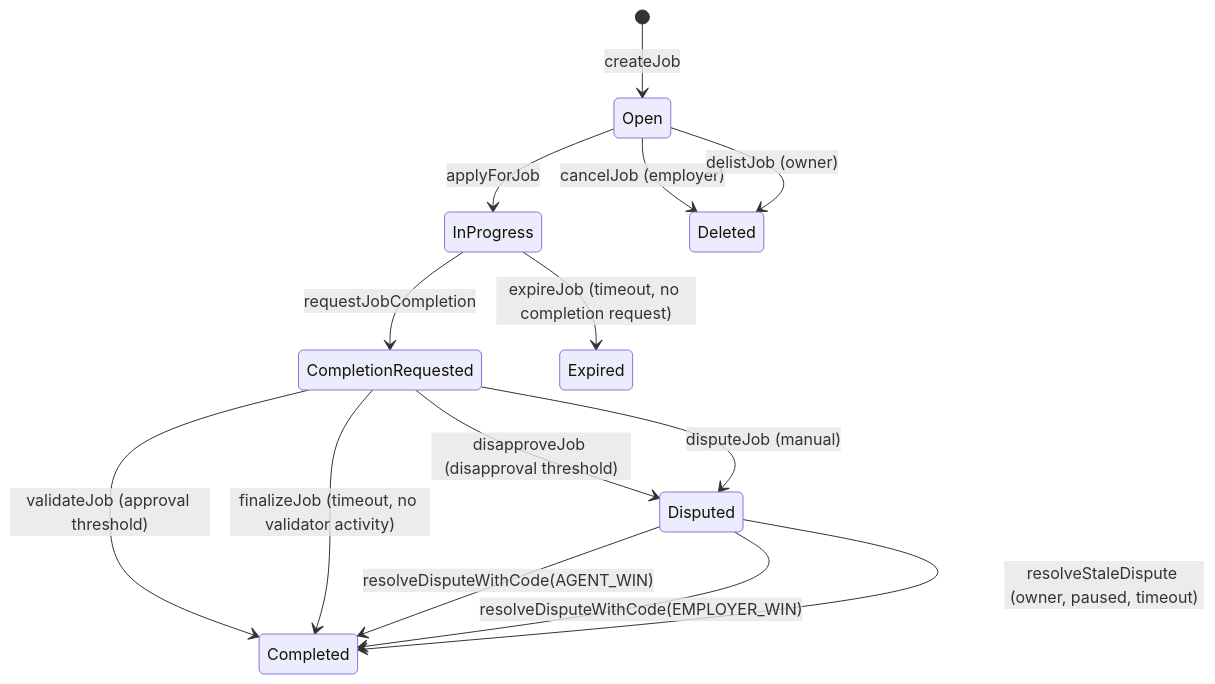
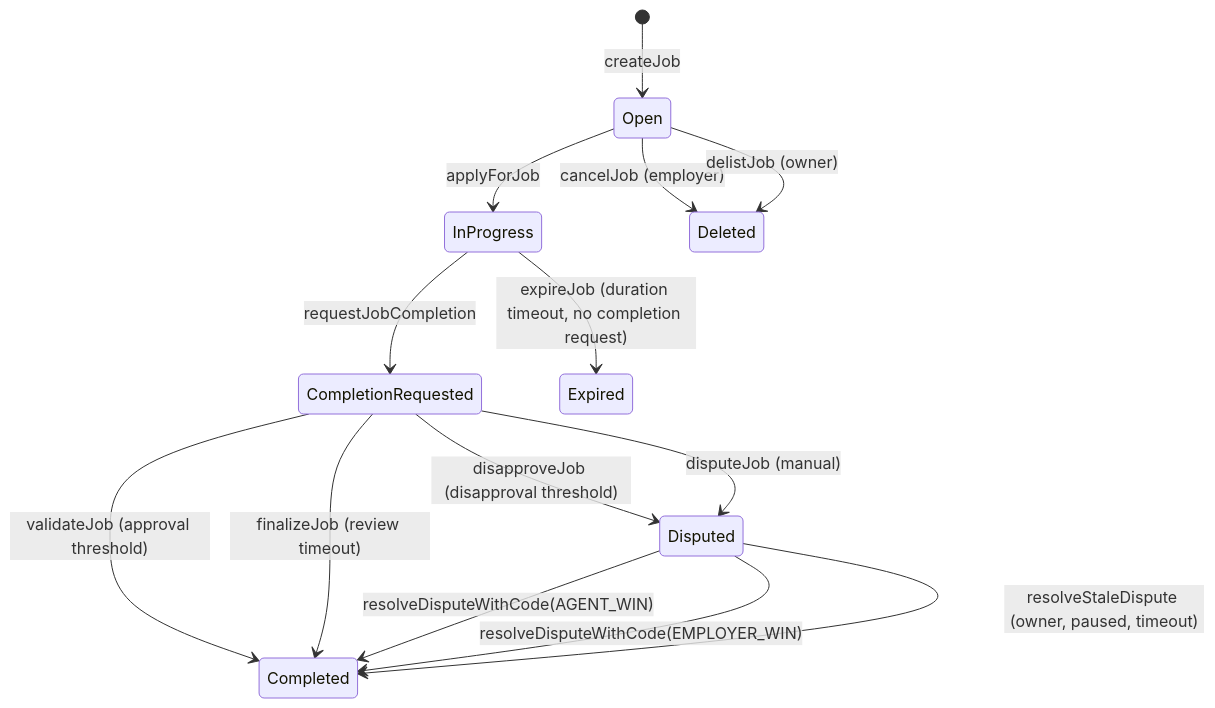
One commit to MontrealAI/AGIJobManager changed the first of 2 diagrams in README.md. Above: the diagram before and after it, drawn with Mermaid. The commit also changed other lines of this file and 5 other files, not shown here.

````diff
--- a/README.md
+++ b/README.md
@@ -42,21 +42,21 @@
 ```mermaid
 stateDiagram-v2
     [*] --> Open: createJob
     Open --> InProgress: applyForJob
     InProgress --> CompletionRequested: requestJobCompletion
 
     CompletionRequested --> Completed: validateJob (approval threshold)
-    CompletionRequested --> Completed: finalizeJob (timeout, no validator activity)
+    CompletionRequested --> Completed: finalizeJob (review timeout)
 
     CompletionRequested --> Disputed: disapproveJob (disapproval threshold)
     CompletionRequested --> Disputed: disputeJob (manual)
 
     Disputed --> Completed: resolveDisputeWithCode(AGENT_WIN)
     Disputed --> Completed: resolveDisputeWithCode(EMPLOYER_WIN)
     Disputed --> Completed: resolveStaleDispute (owner, paused, timeout)
 
-    InProgress --> Expired: expireJob (timeout, no completion request)
+    InProgress --> Expired: expireJob (duration timeout, no completion request)
 
     Open --> Deleted: cancelJob (employer)
     Open --> Deleted: delistJob (owner)
 ```
````
